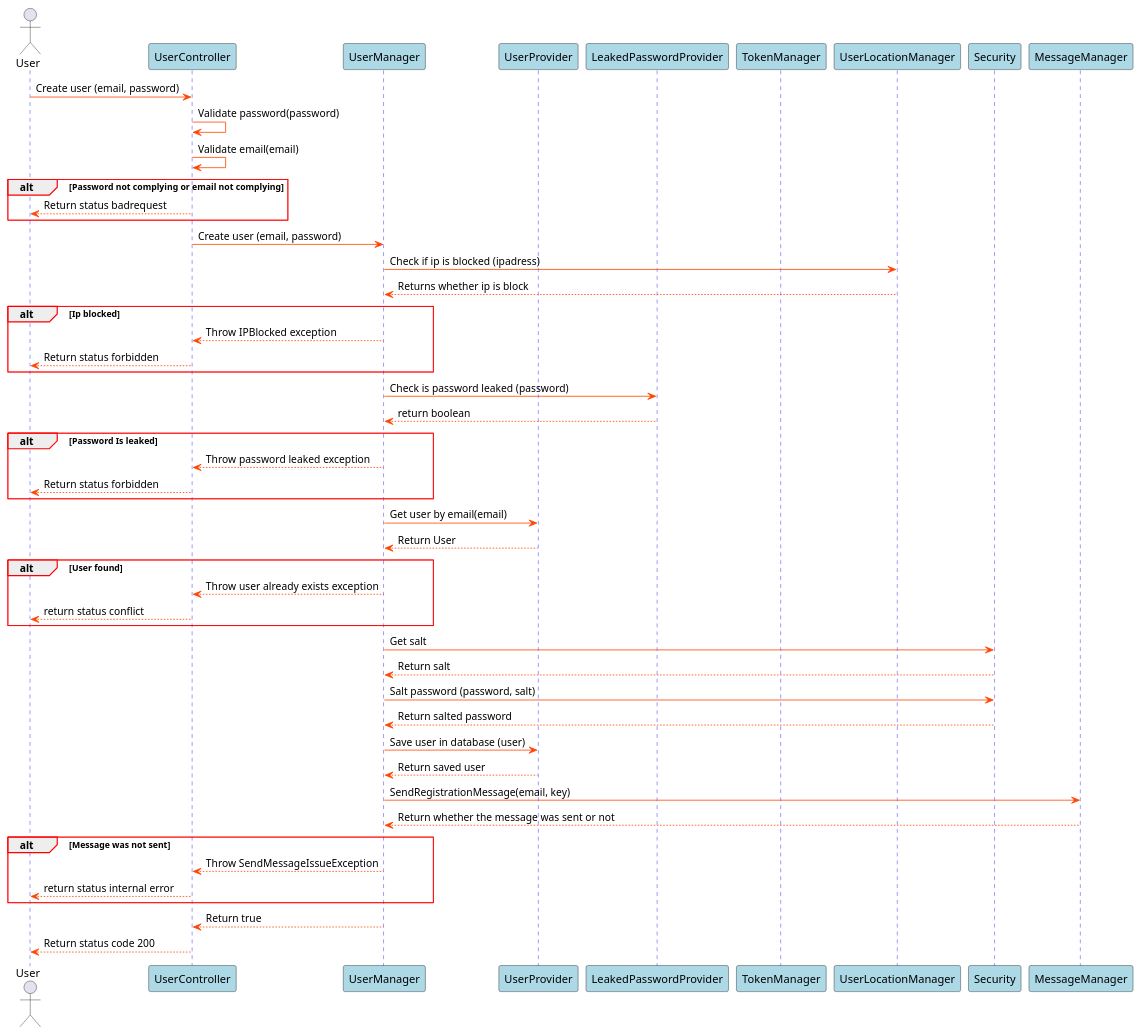
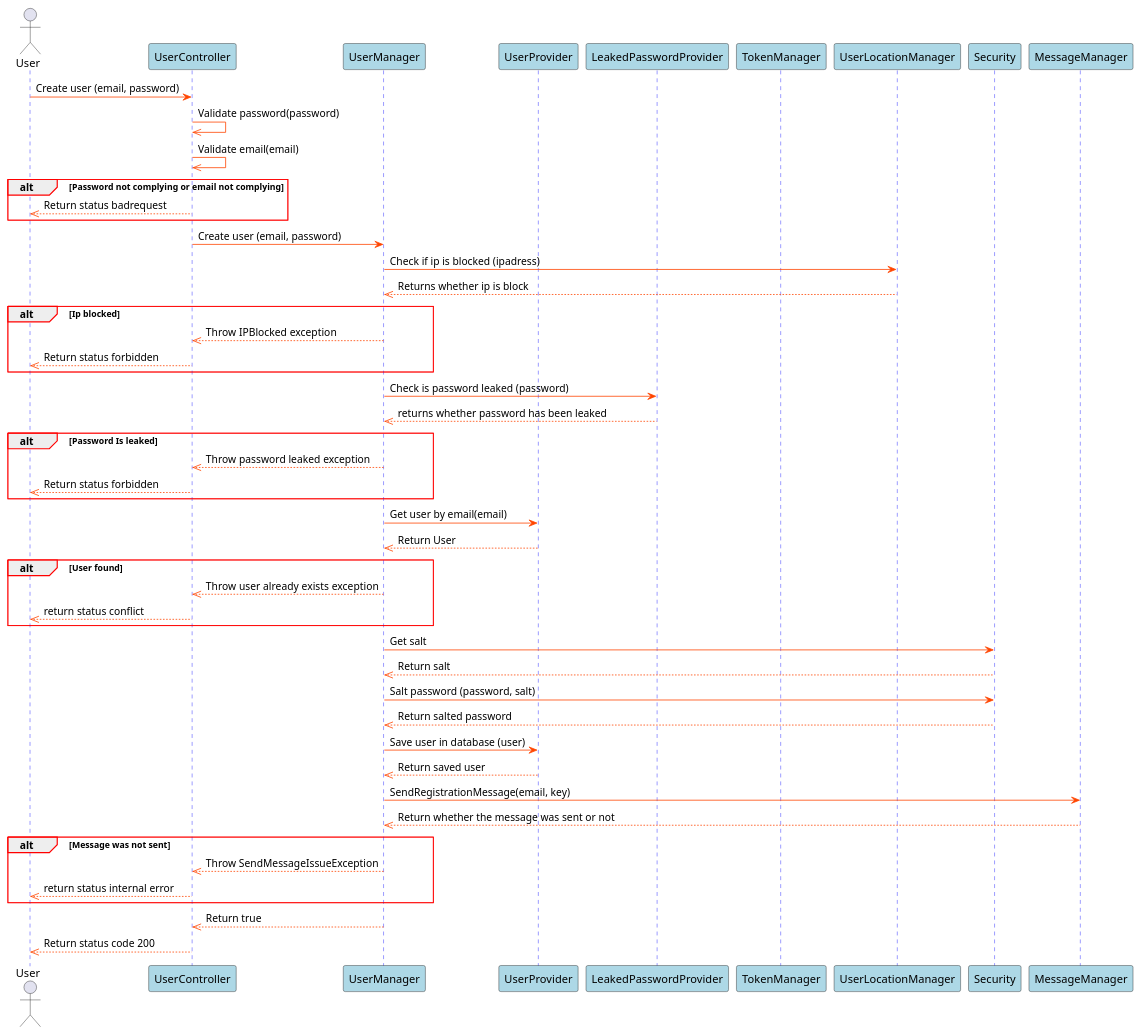
The diagram in Docs/SDDiagrams/CreateUserSD.plantuml (blackout1471/trust-us-school), drawn with PlantUML before and after one commit. The commit also changed 17 other files, not shown here.

Commit message:
Updated sd and flowcharts

```diff
--- a/Docs/SDDiagrams/CreateUserSD.plantuml
+++ b/Docs/SDDiagrams/CreateUserSD.plantuml
@@ -1,82 +1,83 @@
 @startuml Create User SD
 
 skinparam sequence {
     GroupBorderColor red
     GroupBorderThickness 1
 
     ArrowColor orangered
 
     LifeLineBorderColor blue
 
     ParticipantBackgroundColor lightblue
 }
 
 actor User
 participant UserController
 participant UserManager
 participant UserProvider
 participant LeakedPasswordProvider
 participant TokenManager
 participant UserLocationManager
 participant Security
 participant MessageManager
 
 
 
 User->UserController: Create user (email, password)
-UserController->UserController: Validate password(password)
-UserController->UserController: Validate email(email)
+UserController->>UserController: Validate password(password)
+UserController->>UserController: Validate email(email)
 
 alt Password not complying or email not complying
-UserController-->User: Return status badrequest
+UserController-->>User: Return status badrequest
 end
 
 UserController->UserManager: Create user (email, password)
 UserManager->UserLocationManager: Check if ip is blocked (ipadress)
-UserLocationManager-->UserManager: Returns whether ip is block
+UserLocationManager-->>UserManager: Returns whether ip is block
 
 alt Ip blocked
-UserManager-->UserController: Throw IPBlocked exception
-UserController-->User: Return status forbidden
+UserManager-->>UserController: Throw IPBlocked exception
+UserController-->>User: Return status forbidden
 end
 
 
 UserManager->LeakedPasswordProvider: Check is password leaked (password)
-LeakedPasswordProvider-->UserManager: return boolean
+LeakedPasswordProvider-->>UserManager: returns whether password has been leaked
 
 alt Password Is leaked
-UserManager-->UserController: Throw password leaked exception
-UserController-->User: Return status forbidden
+UserManager-->>UserController: Throw password leaked exception
+UserController-->>User: Return status forbidden
 end
 
 UserManager->UserProvider: Get user by email(email)
-UserProvider-->UserManager: Return User
+UserProvider-->>UserManager: Return User
 
 alt User found
 
-UserManager-->UserController: Throw user already exists exception
-UserController-->User: return status conflict
+UserManager-->>UserController: Throw user already exists exception
+UserController-->>User: return status conflict
 
 end
 
 
 UserManager->Security: Get salt
-Security-->UserManager: Return salt
+Security-->>UserManager: Return salt
 
 UserManager->Security: Salt password (password, salt)
-Security-->UserManager: Return salted password
+Security-->>UserManager: Return salted password
 
 UserManager->UserProvider: Save user in database (user)
-UserProvider-->UserManager: Return saved user
+UserProvider-->>UserManager: Return saved user
 
 UserManager->MessageManager: SendRegistrationMessage(email, key)
-MessageManager-->UserManager: Return whether the message was sent or not
+MessageManager-->>UserManager: Return whether the message was sent or not
+
 alt Message was not sent
-UserManager --> UserController: Throw SendMessageIssueException
-UserController --> User: return status internal error
+UserManager -->> UserController: Throw SendMessageIssueException
+UserController -->> User: return status internal error
+end
 
-end
-UserManager-->UserController: Return true
-UserController-->User: Return status code 200
+UserManager-->>UserController: Return true
+UserController-->>User: Return status code 200
 
 @enduml
```
